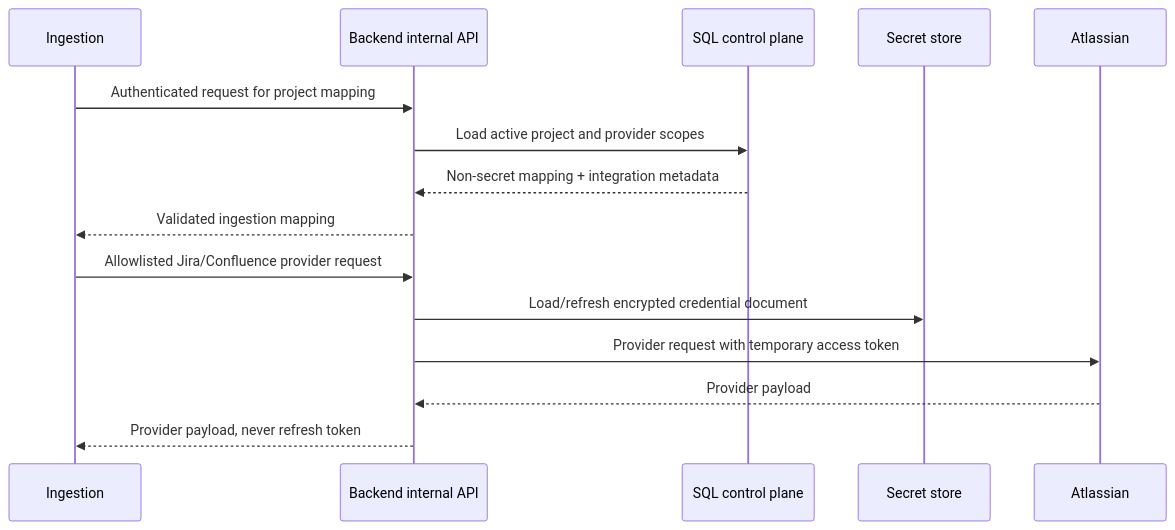
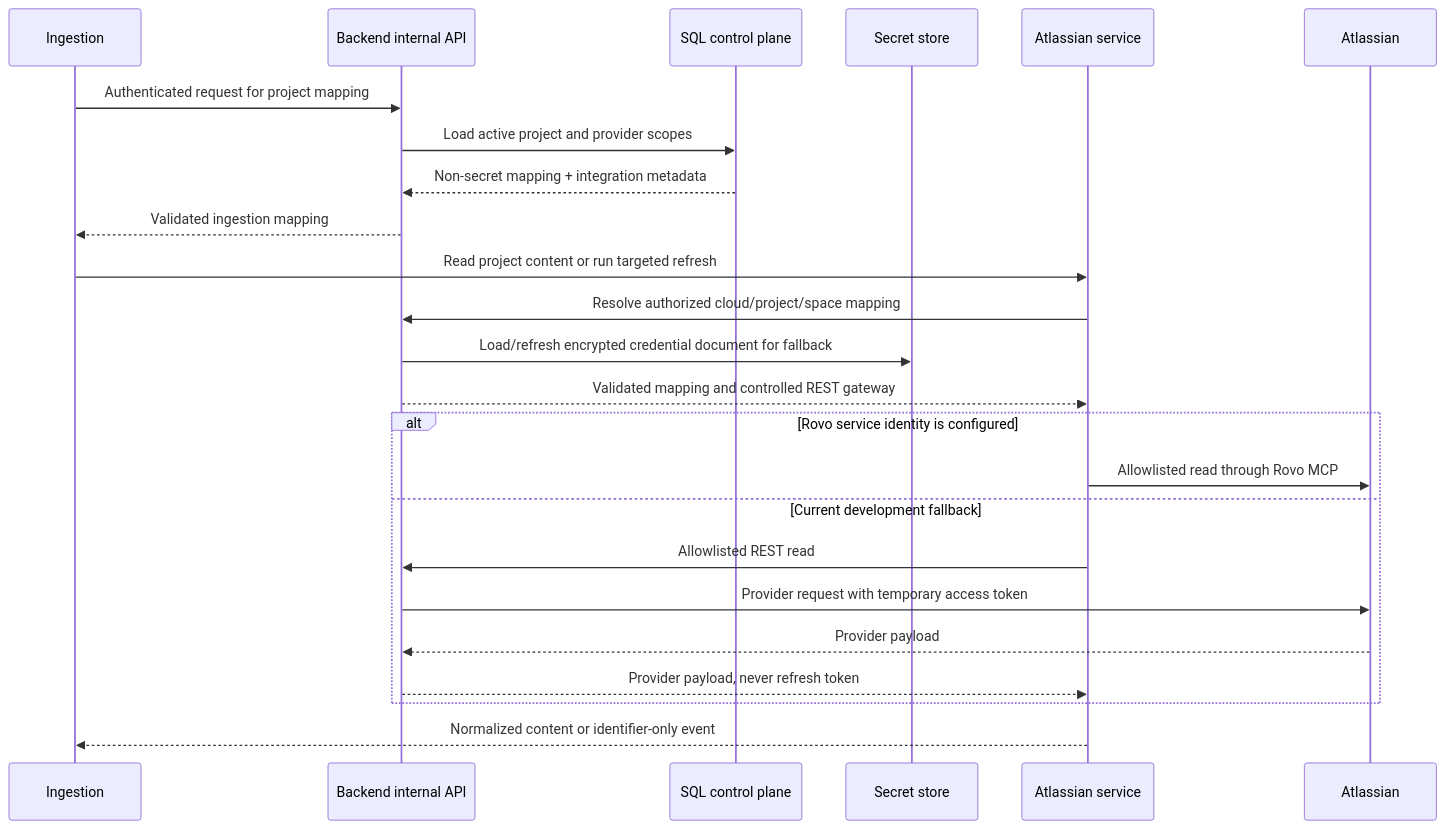
One commit to naveenrajElangovan/project-intelligence-backend changed the sixth of 8 diagrams in docs/CURRENT_ARCHITECTURE.md. Above: the diagram before and after it, drawn with Mermaid. The commit also changed other lines of this file and 1 other file, not shown here.

Commit message:
docs: update five-service architecture

````diff
--- a/docs/CURRENT_ARCHITECTURE.md
+++ b/docs/CURRENT_ARCHITECTURE.md
@@ -266,18 +267,27 @@
 ```mermaid
 sequenceDiagram
     participant I as Ingestion
     participant B as Backend internal API
     participant S as SQL control plane
     participant K as Secret store
+    participant X as Atlassian service
     participant A as Atlassian
 
     I->>B: Authenticated request for project mapping
     B->>S: Load active project and provider scopes
     S-->>B: Non-secret mapping + integration metadata
     B-->>I: Validated ingestion mapping
-    I->>B: Allowlisted Jira/Confluence provider request
-    B->>K: Load/refresh encrypted credential document
-    B->>A: Provider request with temporary access token
-    A-->>B: Provider payload
-    B-->>I: Provider payload, never refresh token
+    I->>X: Read project content or run targeted refresh
+    X->>B: Resolve authorized cloud/project/space mapping
+    B->>K: Load/refresh encrypted credential document for fallback
+    B-->>X: Validated mapping and controlled REST gateway
+    alt Rovo service identity is configured
+        X->>A: Allowlisted read through Rovo MCP
+    else Current development fallback
+        X->>B: Allowlisted REST read
+        B->>A: Provider request with temporary access token
+        A-->>B: Provider payload
+        B-->>X: Provider payload, never refresh token
+    end
+    X-->>I: Normalized content or identifier-only event
 ```
````
